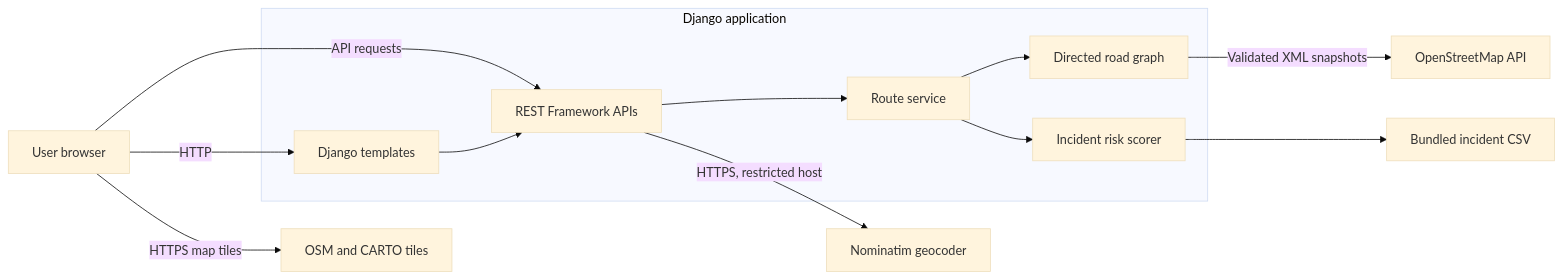
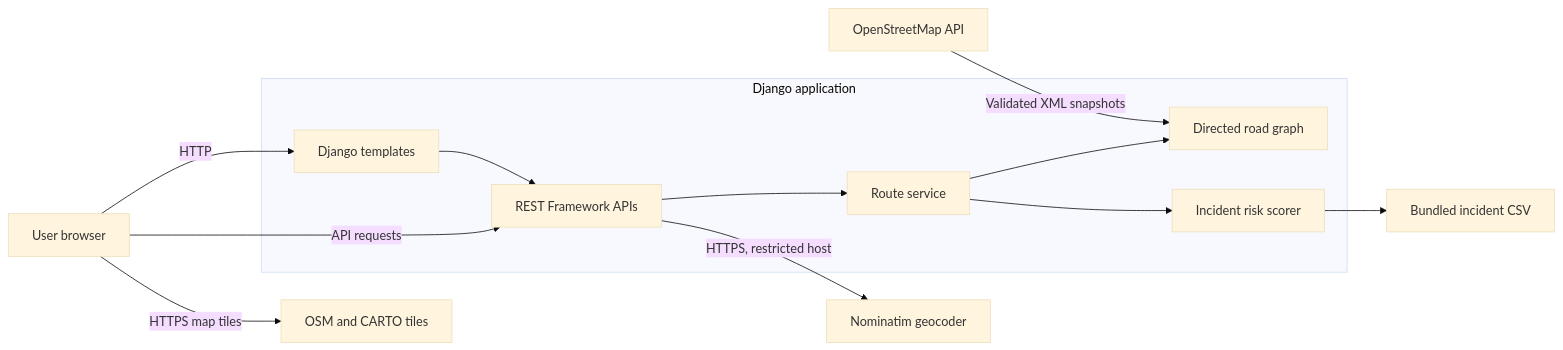
Before and after one commit to K2K22K2K22/SafePath: the first of 6 diagrams in docs/ARCHITECTURE.md, drawn with Mermaid (base theme). The commit also changed other lines of this file and 3 other files, not shown here.

````diff
--- a/docs/ARCHITECTURE.md
+++ b/docs/ARCHITECTURE.md
@@ -11,28 +11,28 @@
 ```mermaid
 flowchart LR
     User[User browser]
 
     subgraph Django[Django application]
         UI[Django templates]
         API[REST Framework APIs]
         Service[Route service]
         Graph[Directed road graph]
         Risk[Incident risk scorer]
     end
 
     OSM[OpenStreetMap API]
     Geo[Nominatim geocoder]
     CSV[Bundled incident CSV]
     Tiles[OSM and CARTO tiles]
 
     User -->|HTTP| UI
     User -->|API requests| API
     UI --> API
     API --> Service
     Service --> Graph
     Service --> Risk
     Risk --> CSV
-    Graph -->|Validated XML snapshots| OSM
+    OSM -->|Validated XML snapshots| Graph
     API -->|HTTPS, restricted host| Geo
     User -->|HTTPS map tiles| Tiles
 ```
````
